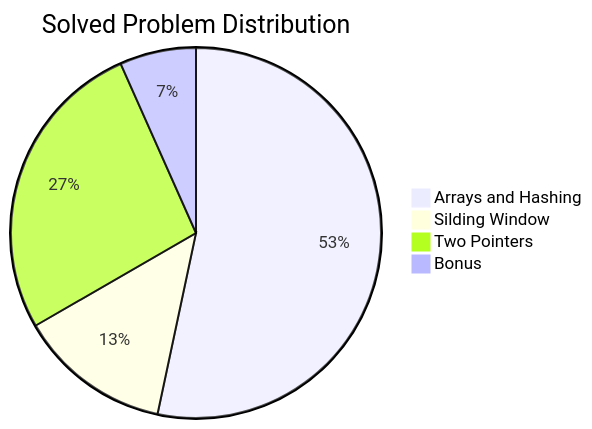
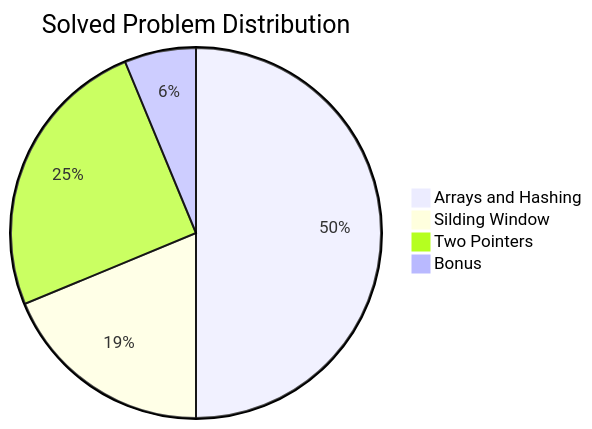
Before and after one commit to halcyon-past/SDE_PRACTICE_SHEET-MASTERY: the first of 2 diagrams in README.md, drawn with Mermaid. The commit also changed other lines of this file and 1 other file, not shown here.

````diff
--- a/README.md
+++ b/README.md
@@ -17,7 +17,7 @@
 ```mermaid
 pie title Solved Problem Distribution
     "Arrays and Hashing" : 8
-    "Silding Window" : 2
+    "Silding Window" : 3
     "Two Pointers" : 4
     "Bonus" : 1
 ```
````
